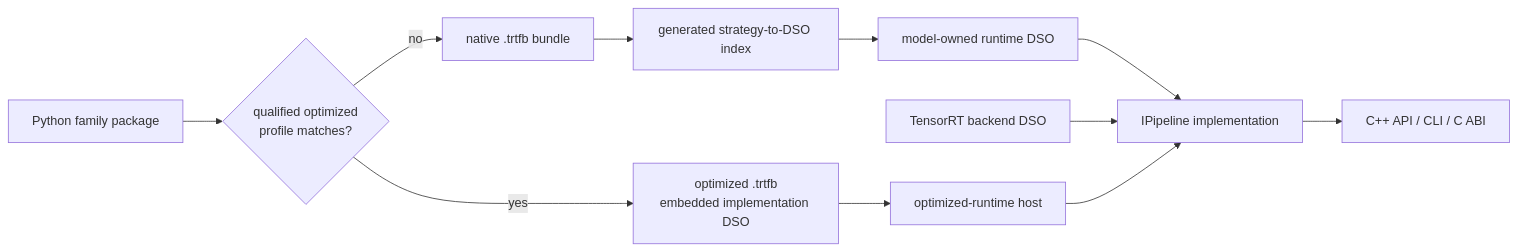
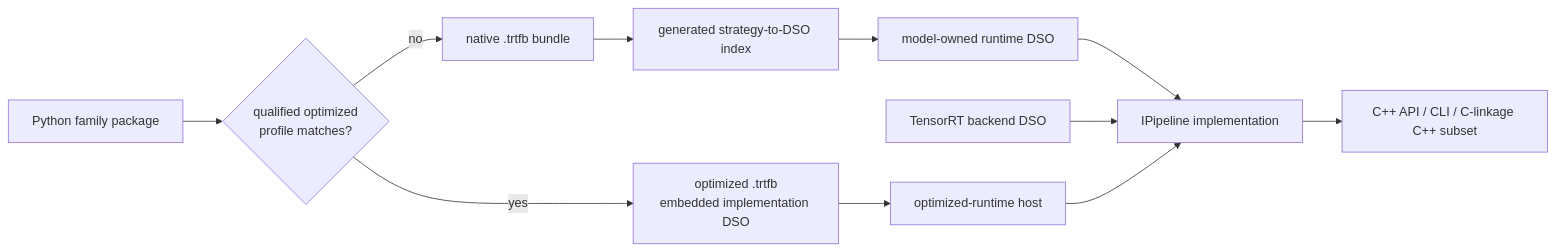
One commit to NVIDIA/TensorRT-Model-Connect changed the first of 4 diagrams in website/docs/unit-design/building-blocks.md. Above: the diagram before and after it, drawn with Mermaid. The commit also changed other lines of this file and 38 other files, not shown here.

````diff
--- a/website/docs/unit-design/building-blocks.md
+++ b/website/docs/unit-design/building-blocks.md
@@ -7,13 +7,13 @@
 ```mermaid
 flowchart LR
   Family["Python family package"] --> Route{"qualified optimized<br/>profile matches?"}
   Route -->|no| Bundle["native .trtfb bundle"]
   Route -->|yes| Optimized["optimized .trtfb<br/>embedded implementation DSO"]
   Bundle --> Loader["generated strategy-to-DSO index"]
   Loader --> ModelDSO["model-owned runtime DSO"]
   ModelDSO --> Pipeline["IPipeline implementation"]
   Backend["TensorRT backend DSO"] --> Pipeline
   Optimized --> Provider["optimized-runtime host"]
   Provider --> Pipeline
-  Pipeline --> API["C++ API / CLI / C ABI"]
+  Pipeline --> API["C++ API / CLI / C-linkage C++ subset"]
 ```
````
